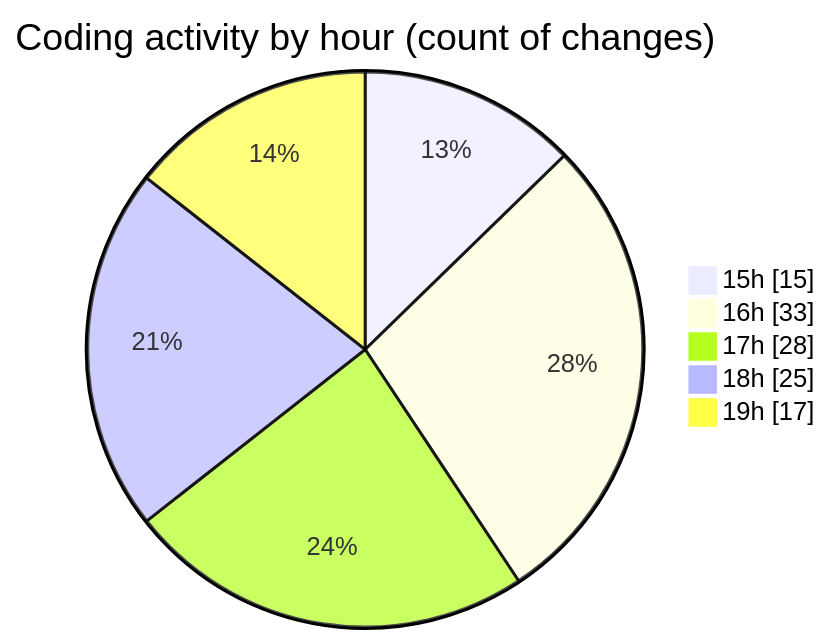
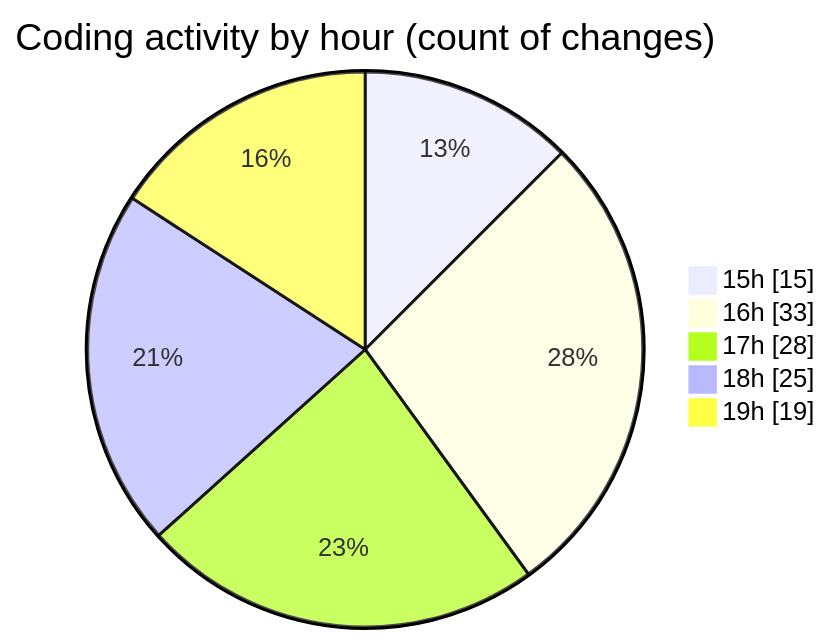
Before and after one commit to donsfak/code-tracking: the second of 2 diagrams in 2025-02-25/trackers_app/README.md, drawn with Mermaid. The commit also changed other lines of this file and 1 other file, not shown here.

````diff
--- a/2025-02-25/trackers_app/README.md
+++ b/2025-02-25/trackers_app/README.md
@@ -41,9 +42,9 @@
 ```mermaid
 pie showData
 title Coding activity by hour (count of changes)
 "15h" : 15
 "16h" : 33
 "17h" : 28
 "18h" : 25
-"19h" : 17
+"19h" : 19
 ```
````
